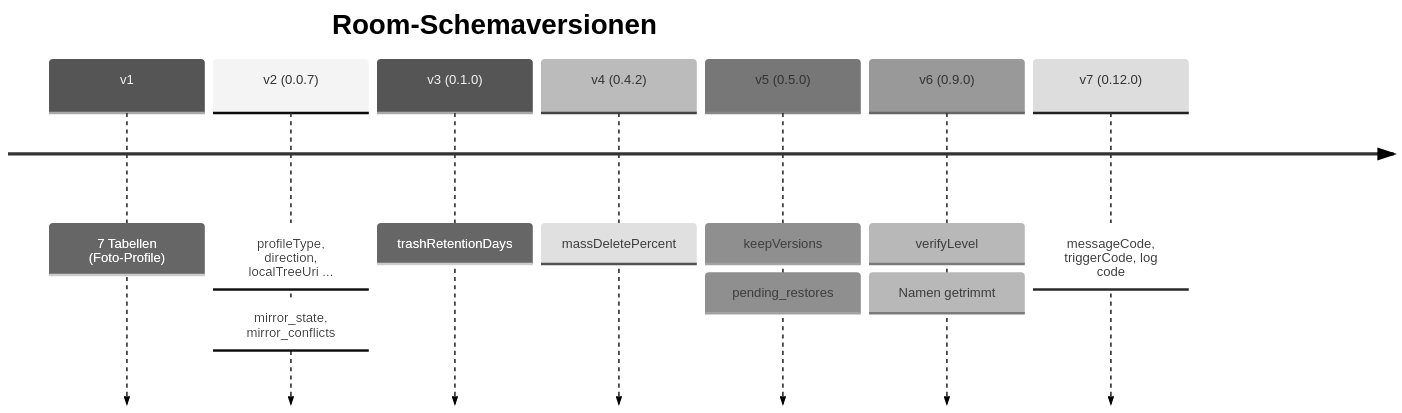
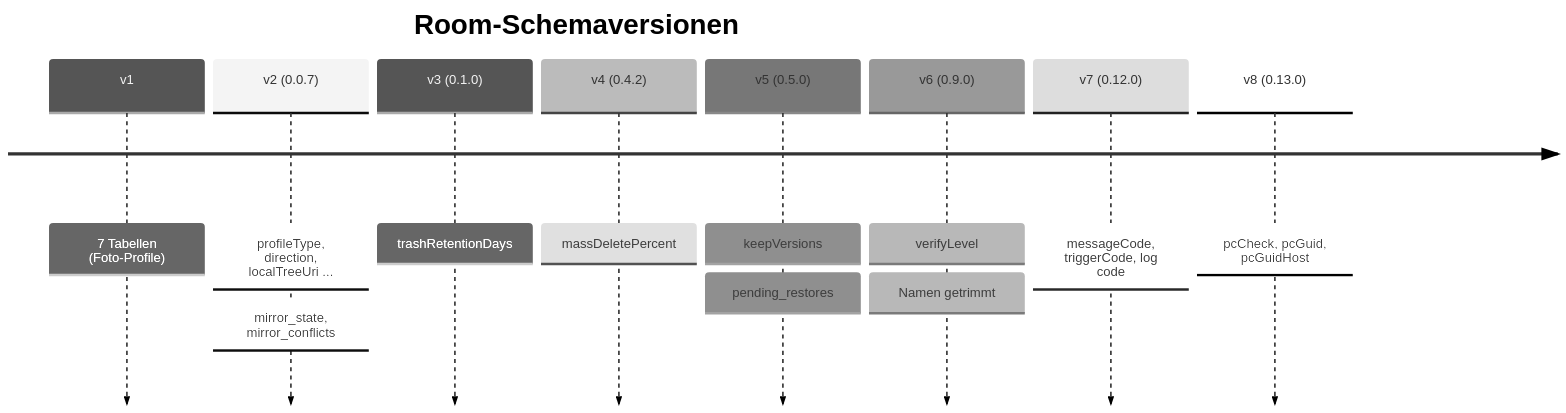
One commit to Apop85/Sync2PC changed the sixth of 6 diagrams in docs/DATA-MODEL.md. Above: the diagram before and after it, drawn with Mermaid (neutral theme). The commit also changed other lines of this file and 54 other files, not shown here.

````diff
--- a/docs/DATA-MODEL.md
+++ b/docs/DATA-MODEL.md
@@ -752,11 +755,12 @@
 ```mermaid
 timeline
     title Room-Schemaversionen
     v1 : 7 Tabellen (Foto-Profile)
     v2 (0.0.7) : profileType, direction, localTreeUri ... : mirror_state, mirror_conflicts
     v3 (0.1.0) : trashRetentionDays
     v4 (0.4.2) : massDeletePercent
     v5 (0.5.0) : keepVersions : pending_restores
     v6 (0.9.0) : verifyLevel : Namen getrimmt
     v7 (0.12.0) : messageCode, triggerCode, log code
+    v8 (0.13.0) : pcCheck, pcGuid, pcGuidHost
 ```
````
